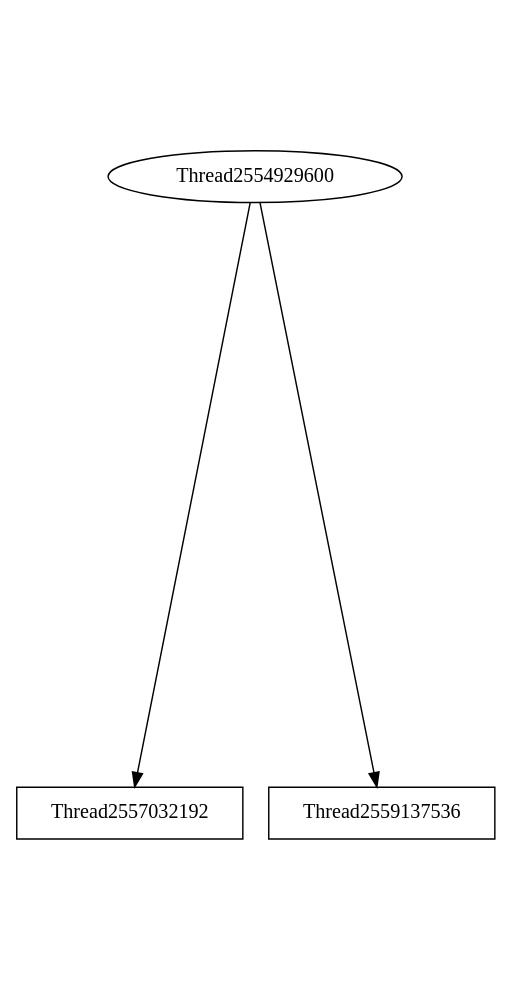
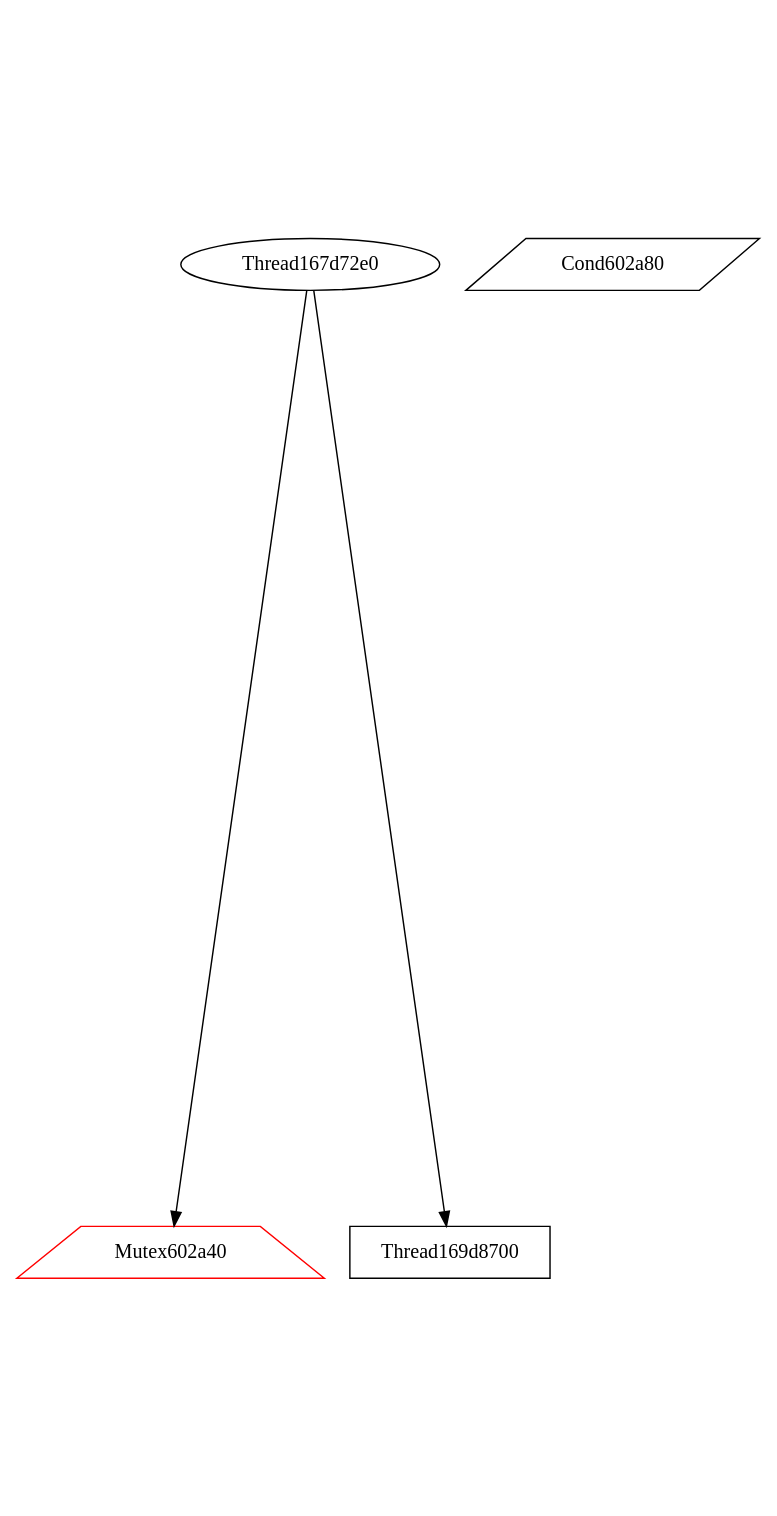
The diagram in view/dot/graph044.dot (v4o6/cs410), drawn with Graphviz before and after one commit. The commit also changed 200 other files, not shown here.

```diff
--- a/view/dot/graph044.dot
+++ b/view/dot/graph044.dot
@@ -1,7 +1,8 @@
 digraph G {
 graph[center=true, ratio=2];
-Thread2554929600 -> Thread2557032192 [arrowhead=normal];
-Thread2554929600 -> Thread2559137536 [arrowhead=normal];
-Thread2557032192 [shape=box,color=black];
-Thread2559137536 [shape=box,color=black];
+Mutex602a40 [shape=trapezium,color=red];
+Cond602a80 [shape=parallelogram,color=black];
+Thread169d8700 [shape=box,color=black];
+Thread167d72e0 -> Mutex602a40 [arrowhead=normal,color=black];
+Thread167d72e0 -> Thread169d8700 [arrowhead=normal];
 }
```
